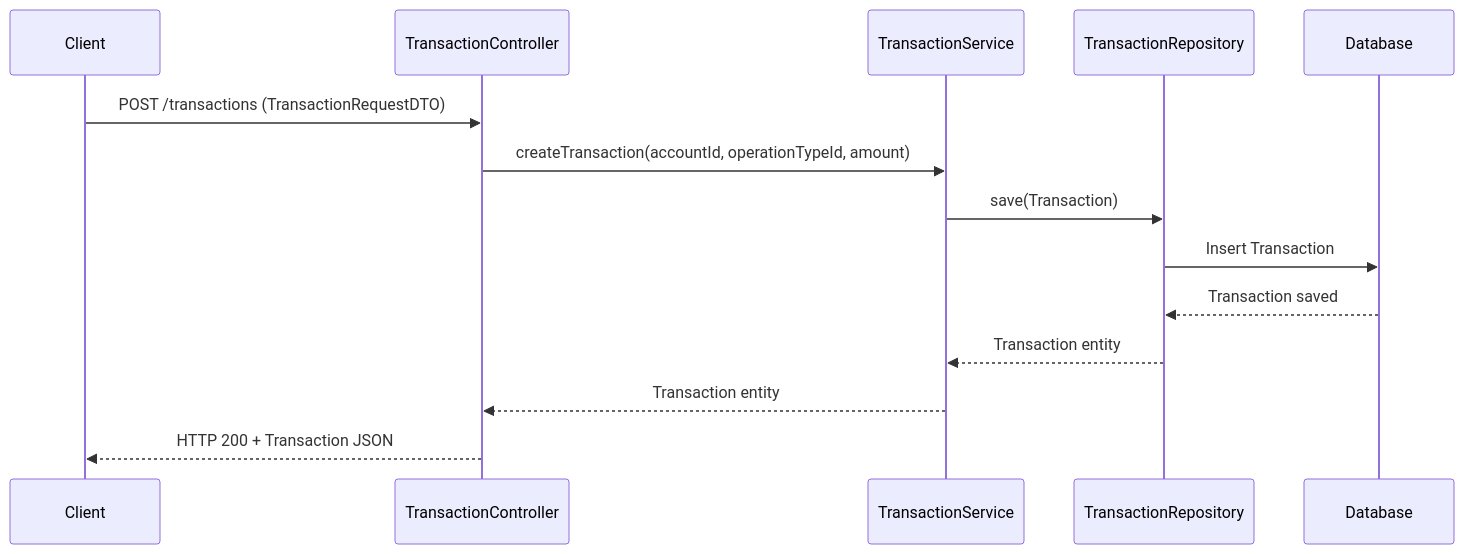
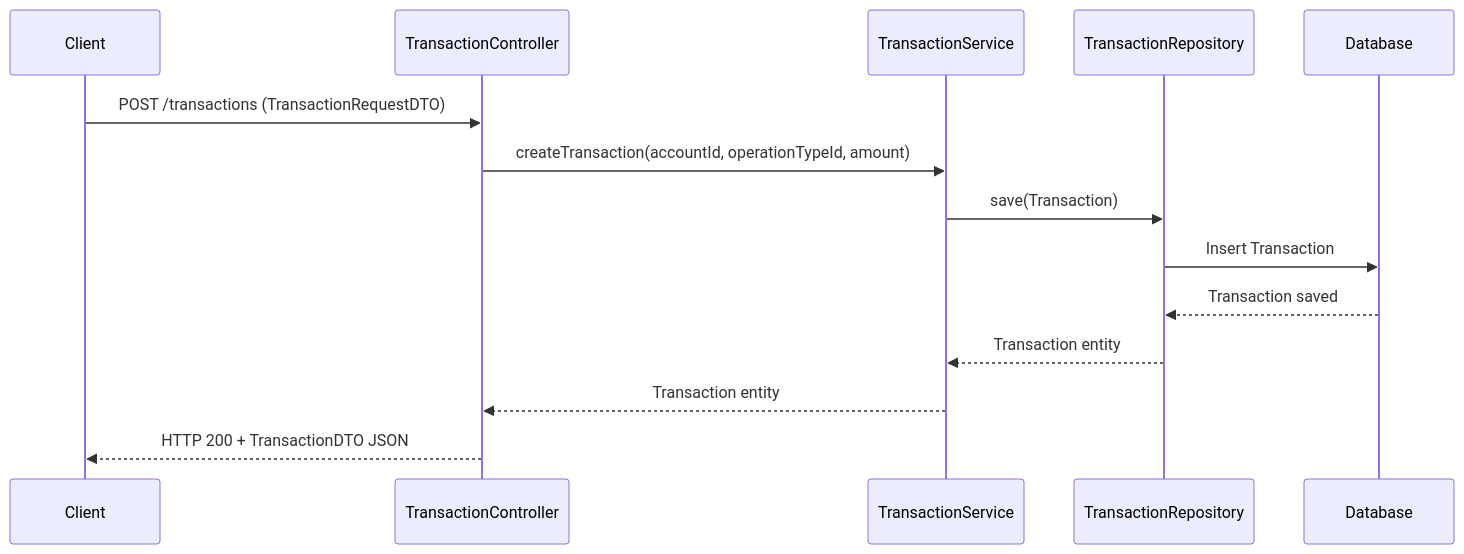
The second of 2 diagrams in docs/architecture.md (ashish-thakur111/mini-bank), drawn with Mermaid before and after one commit. The commit also changed other lines of this file and 22 other files, not shown here.

````diff
--- a/docs/architecture.md
+++ b/docs/architecture.md
@@ -91,17 +101,17 @@
 ```mermaid
 sequenceDiagram
     participant C as Client
     participant Ctrl as TransactionController
     participant S as TransactionService
     participant R as TransactionRepository
     participant DB as Database
 
     C->>Ctrl: POST /transactions (TransactionRequestDTO)
     Ctrl->>S: createTransaction(accountId, operationTypeId, amount)
     S->>R: save(Transaction)
     R->>DB: Insert Transaction
     DB-->>R: Transaction saved
     R-->>S: Transaction entity
     S-->>Ctrl: Transaction entity
-    Ctrl-->>C: HTTP 200 + Transaction JSON
+    Ctrl-->>C: HTTP 200 + TransactionDTO JSON
 ```
````
